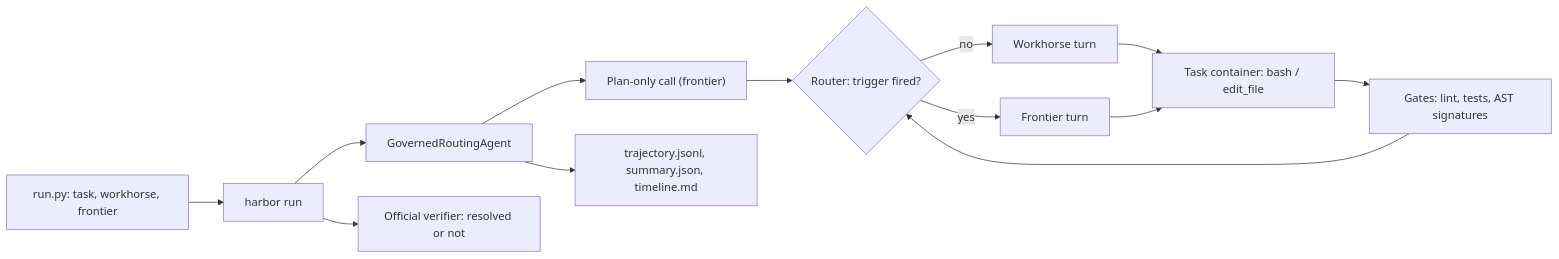
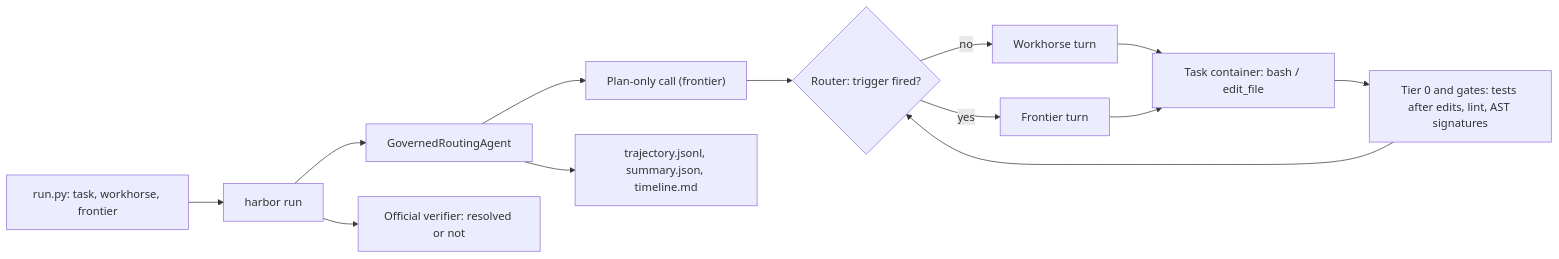
Before and after one commit to GoogleCloudPlatform/devrel-demos: the diagram in agents/governed-model-routing/README.md, drawn with Mermaid. The commit also changed other lines of this file and 7 other files, not shown here.

````diff
--- a/agents/governed-model-routing/README.md
+++ b/agents/governed-model-routing/README.md
@@ -21,15 +23,15 @@
 ```mermaid
 flowchart LR
     R["run.py: task, workhorse, frontier"] --> H["harbor run"]
     H --> A["GovernedRoutingAgent"]
     A --> P["Plan-only call (frontier)"]
     P --> L{"Router: trigger fired?"}
     L -- no --> W["Workhorse turn"]
     L -- yes --> F["Frontier turn"]
     W --> C["Task container: bash / edit_file"]
     F --> C
-    C --> G["Gates: lint, tests, AST signatures"]
+    C --> G["Tier 0 and gates: tests after edits, lint, AST signatures"]
     G --> L
     A --> T["trajectory.jsonl, summary.json, timeline.md"]
     H --> V["Official verifier: resolved or not"]
 ```
````
